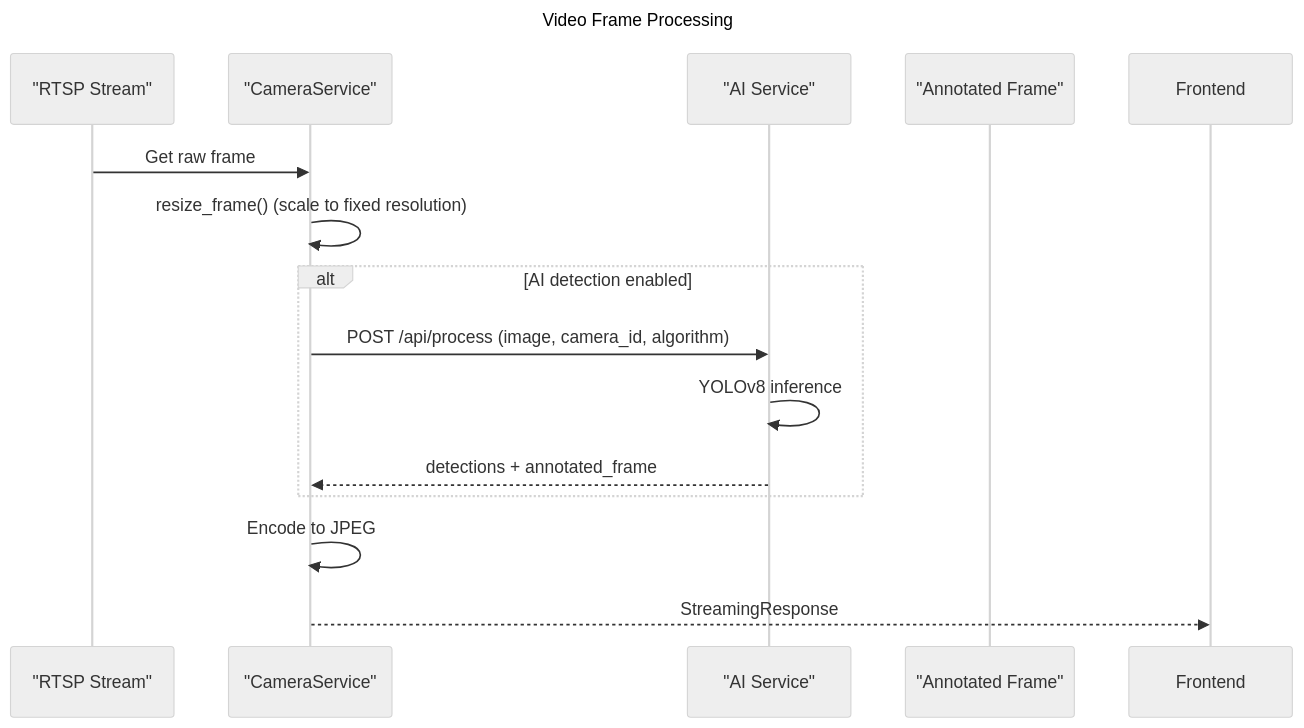
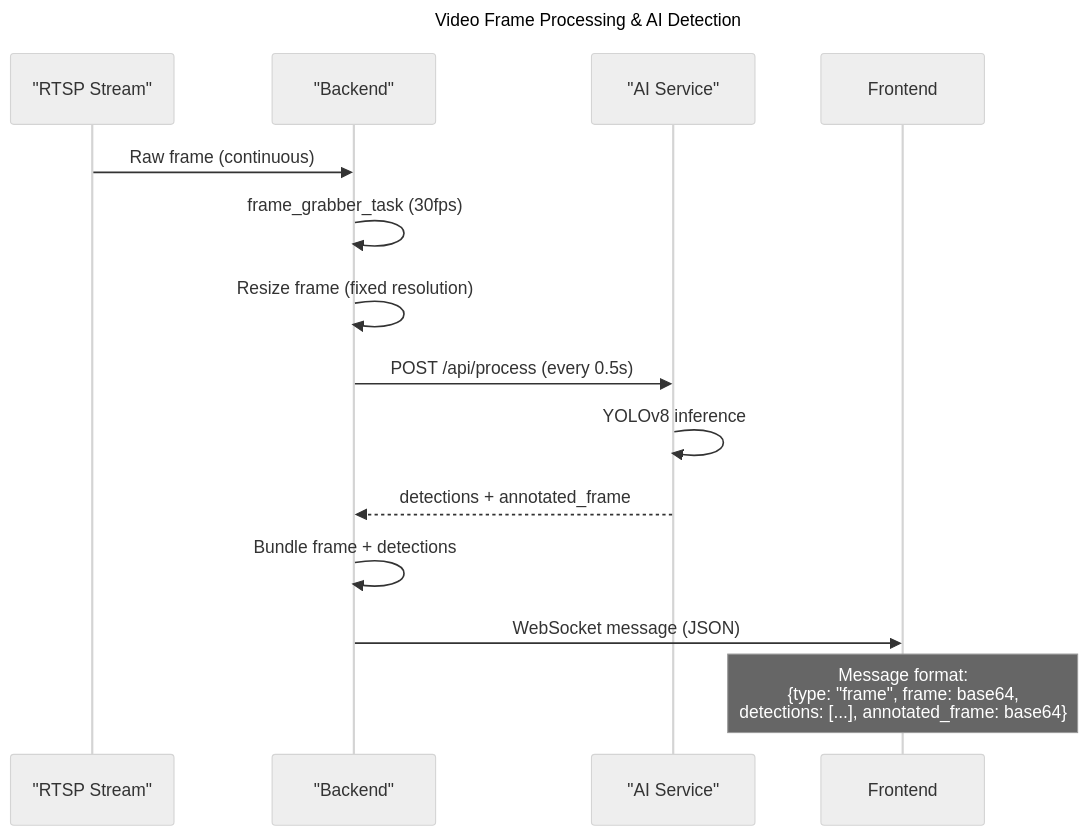
The second of 16 diagrams in design/03-sequence-diagrams.md (yaweiyang-sz/EASYAI), drawn with Mermaid (neutral theme) before and after one commit. The commit also changed other lines of this file and 3 other files, not shown here.

````diff
--- a/design/03-sequence-diagrams.md
+++ b/design/03-sequence-diagrams.md
@@ -45,18 +46,20 @@
 ```mermaid
 sequenceDiagram
-    title Video Frame Processing
+    title Video Frame Processing & AI Detection
     participant "RTSP Stream"
-    participant "CameraService"
+    participant "Backend"
     participant "AI Service"
-    participant "Annotated Frame"
+    participant Frontend
 
-    "RTSP Stream"->>"CameraService": Get raw frame
-    "CameraService"->>"CameraService": resize_frame() (scale to fixed resolution)
-    alt AI detection enabled
-        "CameraService"->>"AI Service": POST /api/process (image, camera_id, algorithm)
-        "AI Service"->>"AI Service": YOLOv8 inference
-        "AI Service"-->>"CameraService": detections + annotated_frame
-    end
-    "CameraService"->>"CameraService": Encode to JPEG
-    "CameraService"-->>Frontend: StreamingResponse
+    "RTSP Stream"->>"Backend": Raw frame (continuous)
+    "Backend"->>"Backend": frame_grabber_task (30fps)
+    "Backend"->>"Backend": Resize frame (fixed resolution)
+    
+    "Backend"->>"AI Service": POST /api/process (every 0.5s)
+    "AI Service"->>"AI Service": YOLOv8 inference
+    "AI Service"-->>"Backend": detections + annotated_frame
+    
+    "Backend"->>"Backend": Bundle frame + detections
+    "Backend"->>Frontend: WebSocket message (JSON)
+    Note over Frontend: Message format:<br/>{type: "frame", frame: base64,<br/>detections: [...], annotated_frame: base64}
 ```
````
